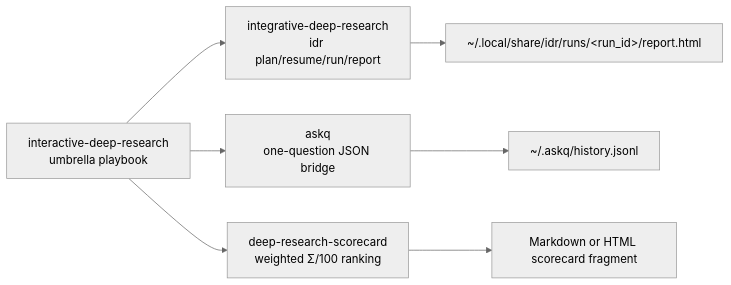
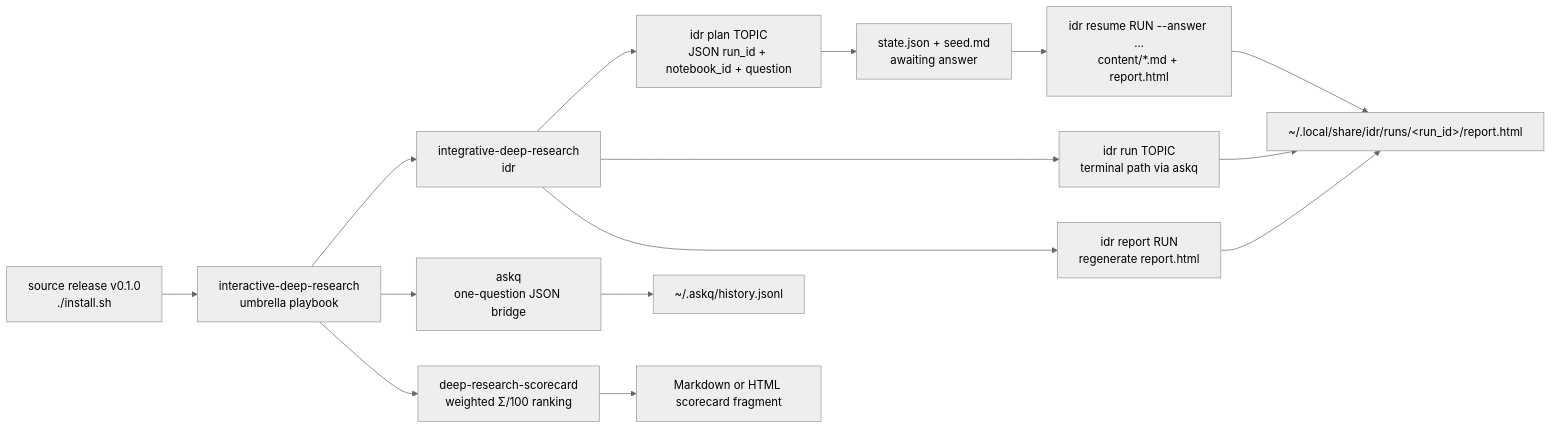
Before and after one commit to Martin-Hausleitner/interactive-deep-research: the second of 2 diagrams in README.md, drawn with Mermaid (neutral theme). The commit also changed other lines of this file and 10 other files, not shown here.

````diff
--- a/README.md
+++ b/README.md
@@ -50,9 +55,17 @@
 ```mermaid
 flowchart LR
-    U["interactive-deep-research<br/>umbrella playbook"] --> I["integrative-deep-research<br/>idr plan/resume/run/report"]
+    X["source release v0.1.0<br/>./install.sh"] --> U["interactive-deep-research<br/>umbrella playbook"]
+    U --> I["integrative-deep-research<br/>idr"]
+    I --> P["idr plan TOPIC<br/>JSON run_id + notebook_id + question"]
+    P --> N["state.json + seed.md<br/>awaiting answer"]
+    N --> R["idr resume RUN --answer ...<br/>content/*.md + report.html"]
+    I --> T["idr run TOPIC<br/>terminal path via askq"]
+    I --> G["idr report RUN<br/>regenerate report.html"]
     U --> A["askq<br/>one-question JSON bridge"]
     U --> S["deep-research-scorecard<br/>weighted Σ/100 ranking"]
-    I --> R["~/.local/share/idr/runs/&lt;run_id&gt;/report.html"]
+    R --> O["~/.local/share/idr/runs/&lt;run_id&gt;/report.html"]
+    G --> O
+    T --> O
     A --> H["~/.askq/history.jsonl"]
     S --> M["Markdown or HTML scorecard fragment"]
 ```
````
